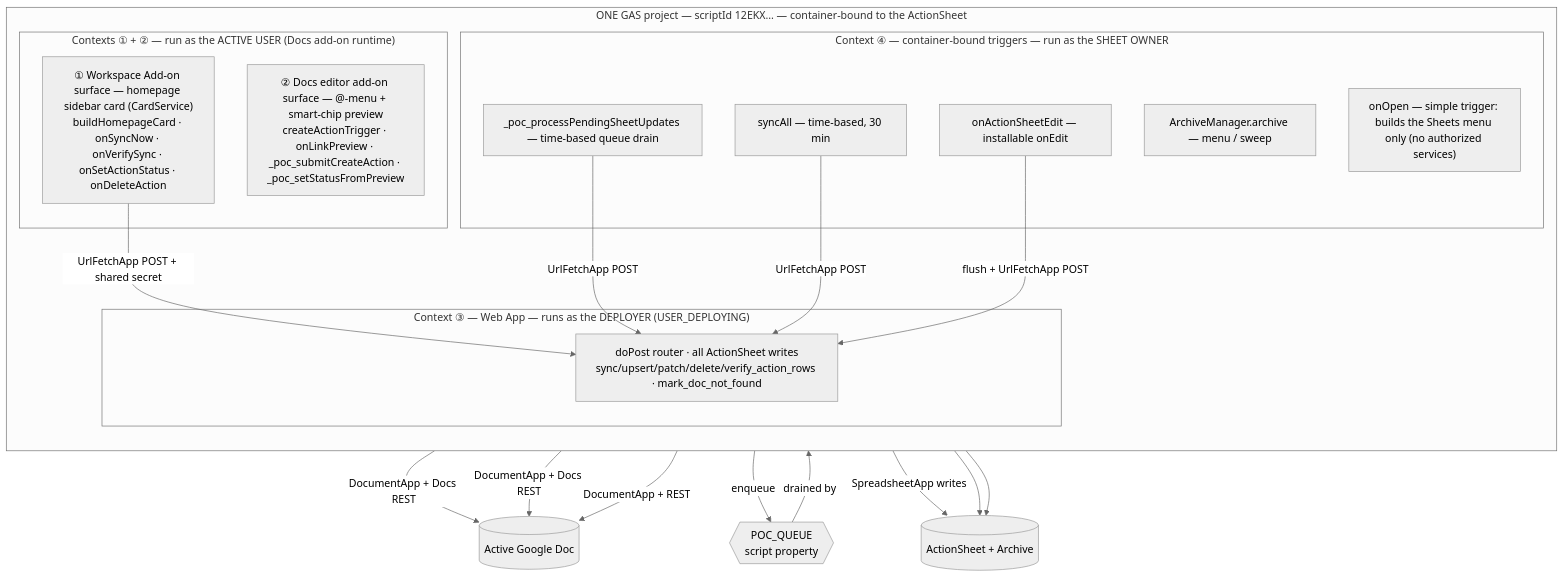
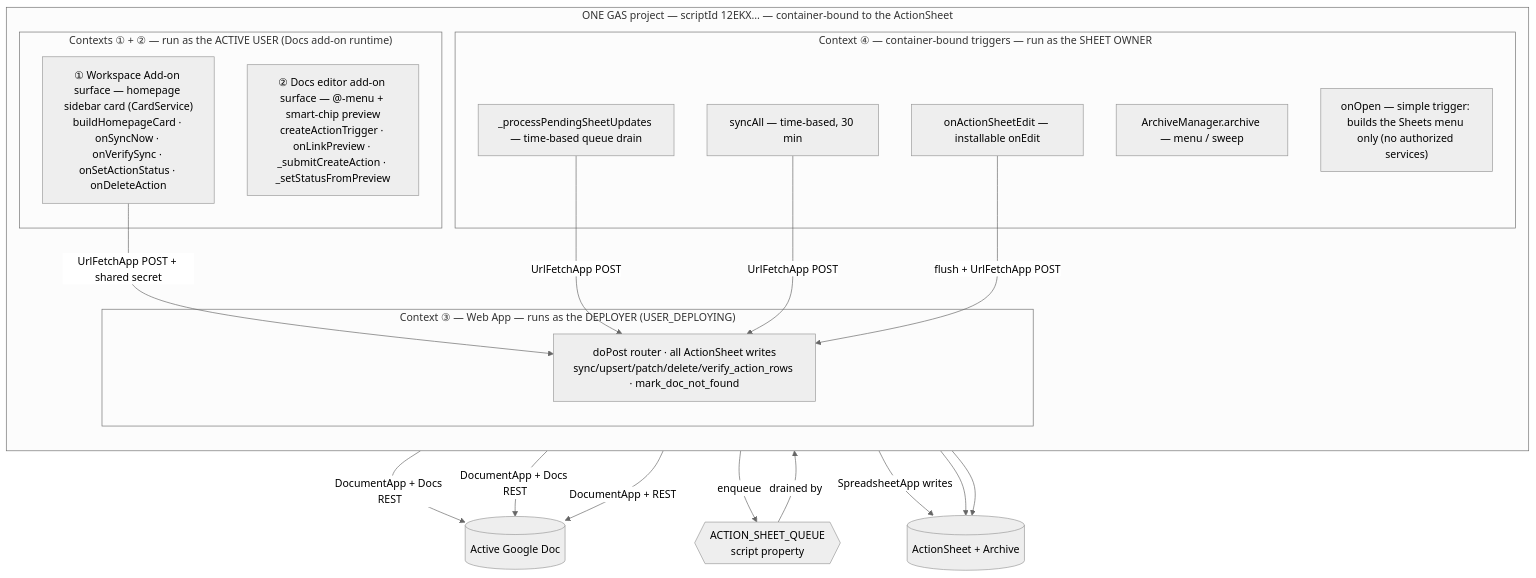
The first of 7 diagrams in docs/DESIGN.md (stuartdonaldson/GActionSheet), drawn with Mermaid (neutral theme) before and after one commit. The commit also changed other lines of this file and 16 other files, not shown here.

````diff
--- a/docs/DESIGN.md
+++ b/docs/DESIGN.md
@@ -131,37 +133,37 @@
 ```mermaid
 graph TB
     subgraph proj["ONE GAS project — scriptId 12EKX… — container-bound to the ActionSheet"]
         direction TB
         subgraph user["Contexts ① + ② — run as the ACTIVE USER (Docs add-on runtime)"]
             WS["① Workspace Add-on surface — homepage sidebar card (CardService)<br/>buildHomepageCard · onSyncNow · onVerifySync · onSetActionStatus · onDeleteAction"]
-            ED["② Docs editor add-on surface — @-menu + smart-chip preview<br/>createActionTrigger · onLinkPreview · _poc_submitCreateAction · _poc_setStatusFromPreview"]
+            ED["② Docs editor add-on surface — @-menu + smart-chip preview<br/>createActionTrigger · onLinkPreview · _submitCreateAction · _setStatusFromPreview"]
         end
         subgraph deployer["Context ③ — Web App — runs as the DEPLOYER (USER_DEPLOYING)"]
             WEB["doPost router · all ActionSheet writes<br/>sync/upsert/patch/delete/verify_action_rows · mark_doc_not_found"]
         end
         subgraph owner["Context ④ — container-bound triggers — run as the SHEET OWNER"]
             OE["onActionSheetEdit — installable onEdit"]
             SA["syncAll — time-based, 30 min"]
-            DRAIN["_poc_processPendingSheetUpdates — time-based queue drain"]
+            DRAIN["_processPendingSheetUpdates — time-based queue drain"]
             ARCH["ArchiveManager.archive — menu / sweep"]
             OO["onOpen — simple trigger: builds the Sheets menu only (no authorized services)"]
         end
     end
 
     Doc[(Active Google Doc)]
     Sheet[(ActionSheet + Archive)]
-    Q{{POC_QUEUE<br/>script property}}
+    Q{{ACTION_SHEET_QUEUE<br/>script property}}
 
     WS -->|DocumentApp + Docs REST| Doc
     ED -->|DocumentApp + Docs REST| Doc
     WS -->|UrlFetchApp POST + shared secret| WEB
     ED -->|enqueue| Q
     Q -->|drained by| DRAIN
     DRAIN -->|UrlFetchApp POST| WEB
     SA -->|DocumentApp + REST| Doc
     SA -->|UrlFetchApp POST| WEB
     OE -->|flush + UrlFetchApp POST| WEB
     WEB -->|SpreadsheetApp writes| Sheet
     OE --> Sheet
     ARCH --> Sheet
 ```
````
